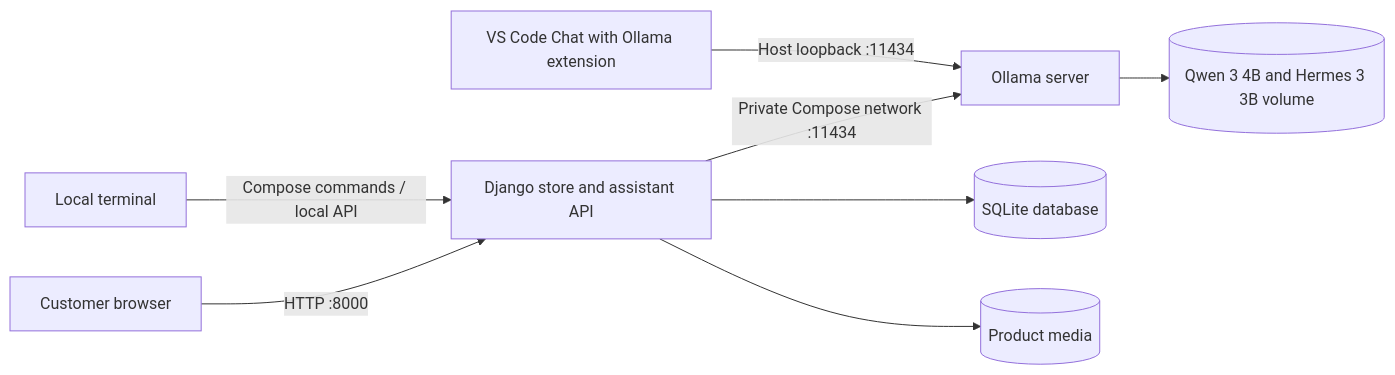
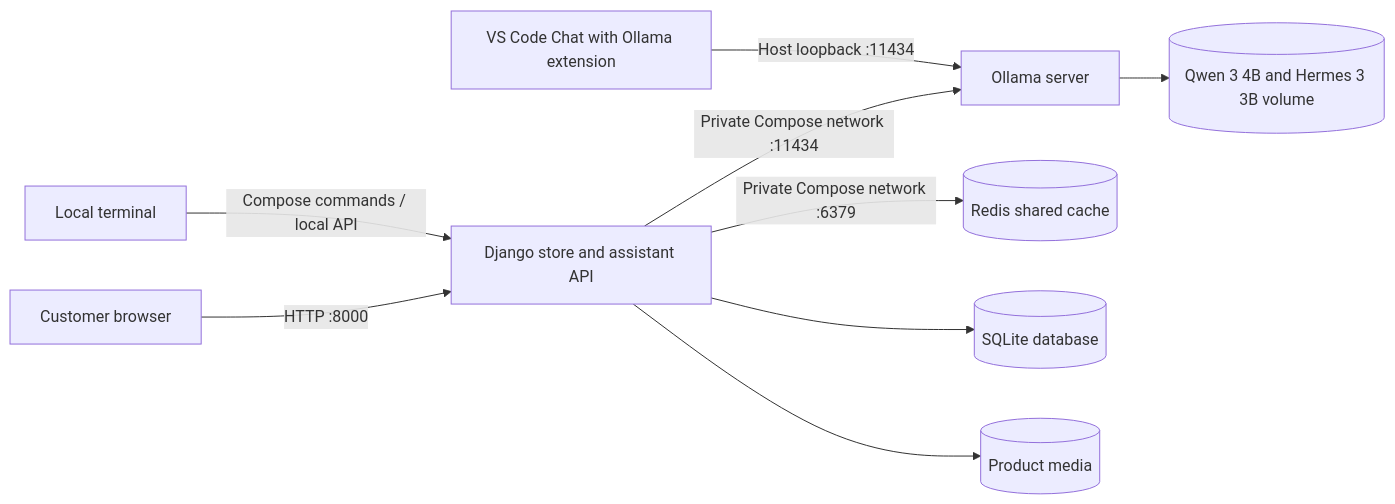
Before and after one commit to ni0ss/perfume-project-web-programing: the diagram in docs/architecture.md, drawn with Mermaid. The commit also changed other lines of this file and 18 other files, not shown here.

````diff
--- a/docs/architecture.md
+++ b/docs/architecture.md
@@ -7,10 +7,11 @@
 ```mermaid
 flowchart LR
     Browser[Customer browser] -->|HTTP :8000| Django[Django store and assistant API]
     Django -->|Private Compose network :11434| Ollama[Ollama server]
+    Django -->|Private Compose network :6379| Cache[(Redis shared cache)]
     Ollama --> Models[(Qwen 3 4B and Hermes 3 3B volume)]
     Django --> DB[(SQLite database)]
     Django --> Media[(Product media)]
     VSCode[VS Code Chat with Ollama extension] -->|Host loopback :11434| Ollama
     Terminal[Local terminal] -->|Compose commands / local API| Django
 ```
````
